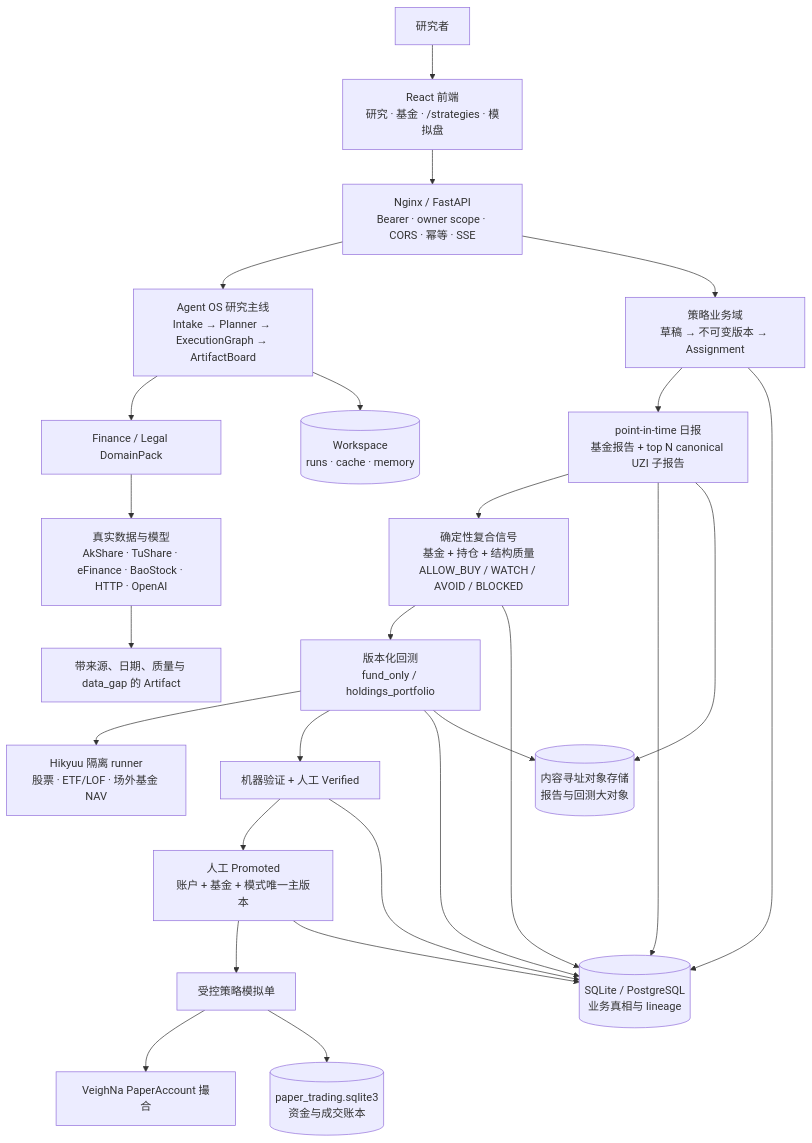
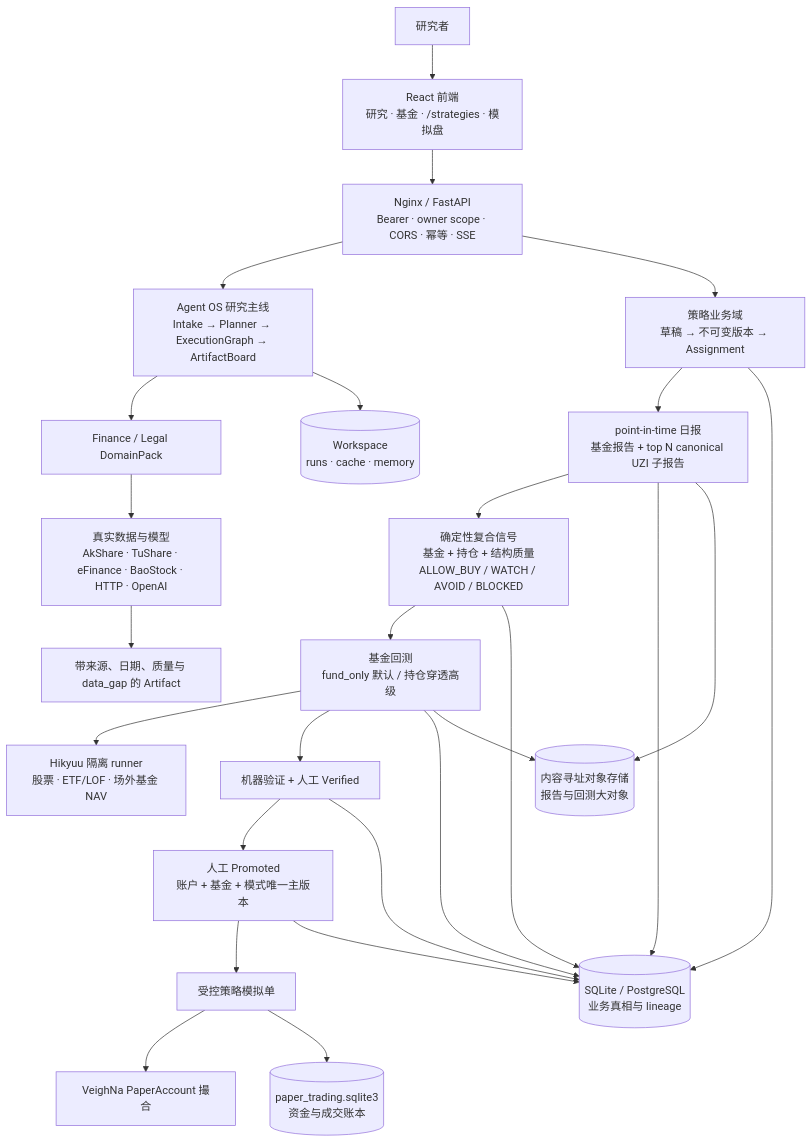
Before and after one commit to mingheyuan/Cognitrade: the first of 2 diagrams in plan/current-architecture.md, drawn with Mermaid. The commit also changed other lines of this file and 148 other files, not shown here.

````diff
--- a/plan/current-architecture.md
+++ b/plan/current-architecture.md
@@ -9,31 +9,31 @@
 ```mermaid
 flowchart TB
     U["研究者"] --> FE["React 前端<br/>研究 · 基金 · /strategies · 模拟盘"]
     FE --> API["Nginx / FastAPI<br/>Bearer · owner scope · CORS · 幂等 · SSE"]
 
     API --> AGENT["Agent OS 研究主线<br/>Intake → Planner → ExecutionGraph → ArtifactBoard"]
     AGENT --> PACK["Finance / Legal DomainPack"]
     PACK --> PROVIDER["真实数据与模型<br/>AkShare · TuShare · eFinance · BaoStock · HTTP · OpenAI"]
     PROVIDER --> ART["带来源、日期、质量与 data_gap 的 Artifact"]
 
     API --> STRATEGY["策略业务域<br/>草稿 → 不可变版本 → Assignment"]
     STRATEGY --> REPORT["point-in-time 日报<br/>基金报告 + top N canonical UZI 子报告"]
     REPORT --> SIGNAL["确定性复合信号<br/>基金 + 持仓 + 结构质量<br/>ALLOW_BUY / WATCH / AVOID / BLOCKED"]
-    SIGNAL --> BT["版本化回测<br/>fund_only / holdings_portfolio"]
+    SIGNAL --> BT["基金回测<br/>fund_only 默认 / 持仓穿透高级"]
     BT --> HK["Hikyuu 隔离 runner<br/>股票 · ETF/LOF · 场外基金 NAV"]
     BT --> VERIFY["机器验证 + 人工 Verified"]
     VERIFY --> PROMOTE["人工 Promoted<br/>账户 + 基金 + 模式唯一主版本"]
     PROMOTE --> PAPER["受控策略模拟单"]
     PAPER --> VN["VeighNa PaperAccount 撮合"]
 
     STRATEGY --> DB[("SQLite / PostgreSQL<br/>业务真相与 lineage")]
     REPORT --> DB
     SIGNAL --> DB
     BT --> DB
     VERIFY --> DB
     PROMOTE --> DB
     REPORT --> OBJ[("内容寻址对象存储<br/>报告与回测大对象")]
     BT --> OBJ
     AGENT --> WS[("Workspace<br/>runs · cache · memory")]
     PAPER --> PDB[("paper_trading.sqlite3<br/>资金与成交账本")]
 ```
````
